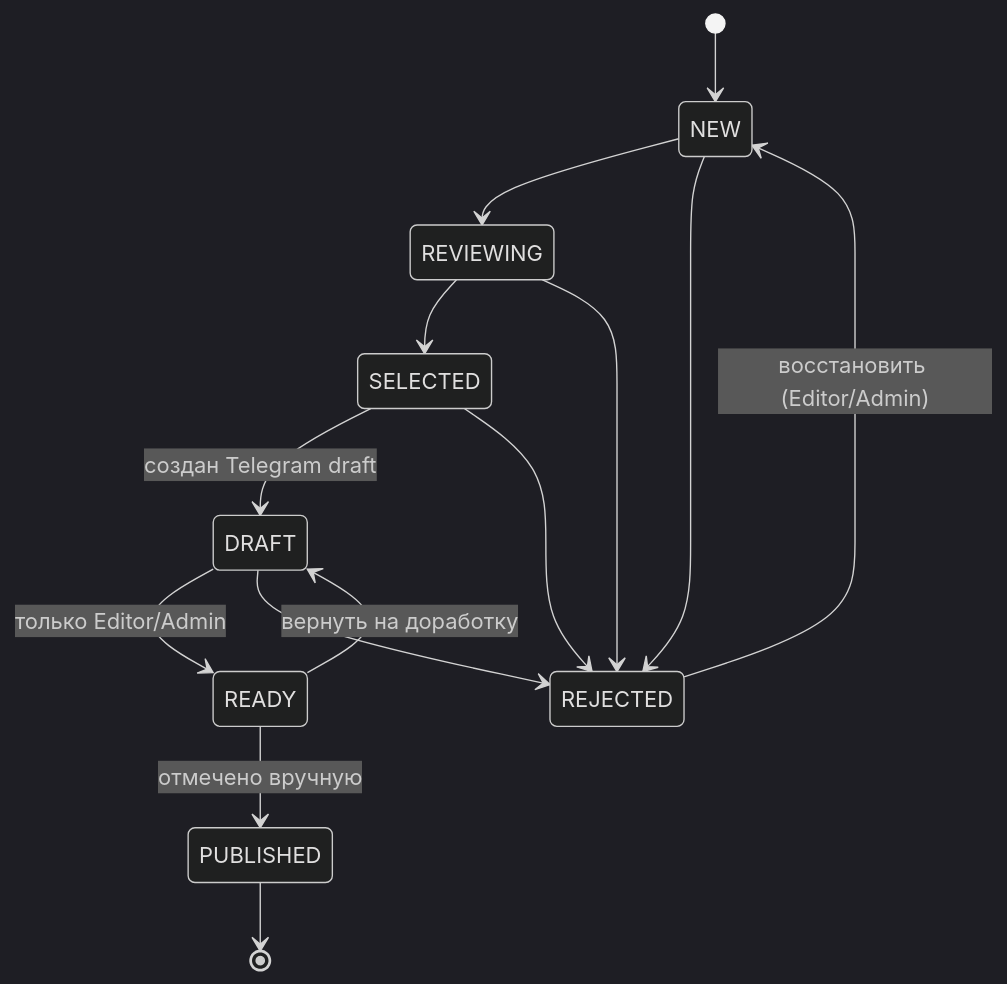
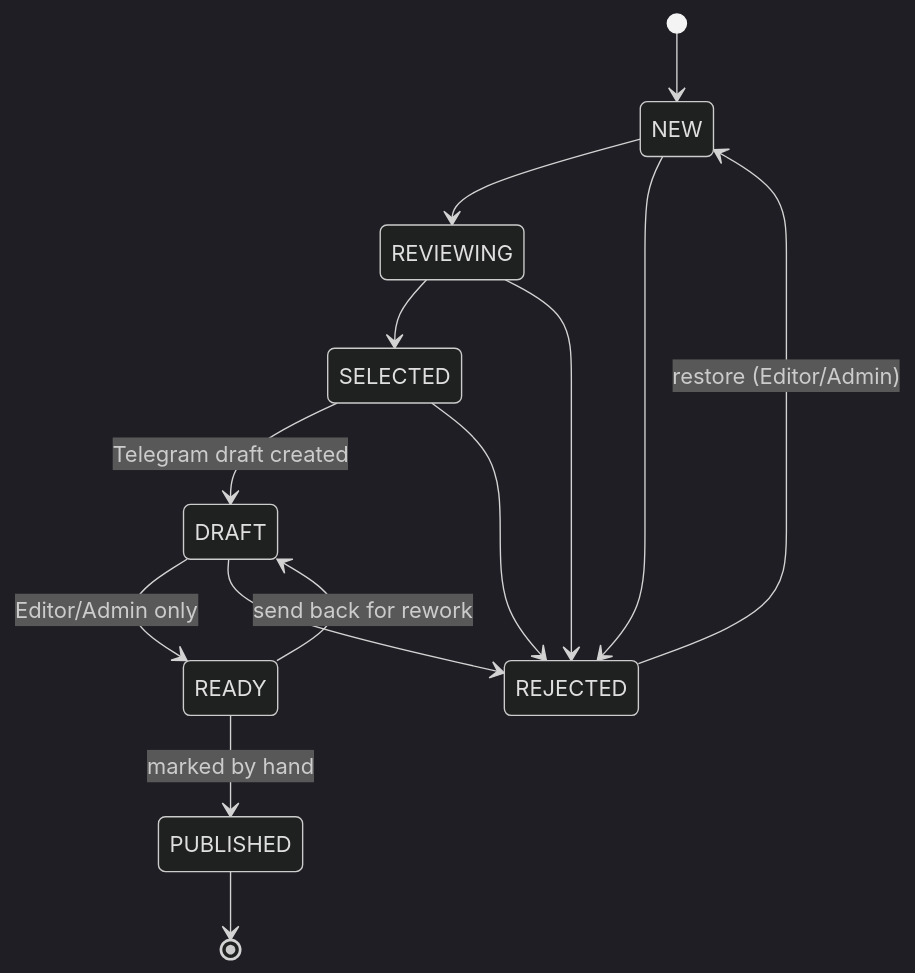
One commit to notLeri/sportintel changed the fourth of 13 diagrams in docs/ARCHITECTURE.md. Above: the diagram before and after it, drawn with Mermaid (dark theme). The commit also changed other lines of this file and 13 other files, not shown here.

Commit message:
docs: translate architecture doc and API descriptions to English

````diff
--- a/docs/ARCHITECTURE.md
+++ b/docs/ARCHITECTURE.md
@@ -340,16 +340,16 @@
 ```mermaid
 stateDiagram-v2
   [*] --> NEW
   NEW --> REVIEWING
   REVIEWING --> SELECTED
-  SELECTED --> DRAFT : создан Telegram draft
-  DRAFT --> READY : только Editor/Admin
-  READY --> DRAFT : вернуть на доработку
-  READY --> PUBLISHED : отмечено вручную
+  SELECTED --> DRAFT : Telegram draft created
+  DRAFT --> READY : Editor/Admin only
+  READY --> DRAFT : send back for rework
+  READY --> PUBLISHED : marked by hand
   NEW --> REJECTED
   REVIEWING --> REJECTED
   SELECTED --> REJECTED
   DRAFT --> REJECTED
-  REJECTED --> NEW : восстановить (Editor/Admin)
+  REJECTED --> NEW : restore (Editor/Admin)
   PUBLISHED --> [*]
 ```
````
